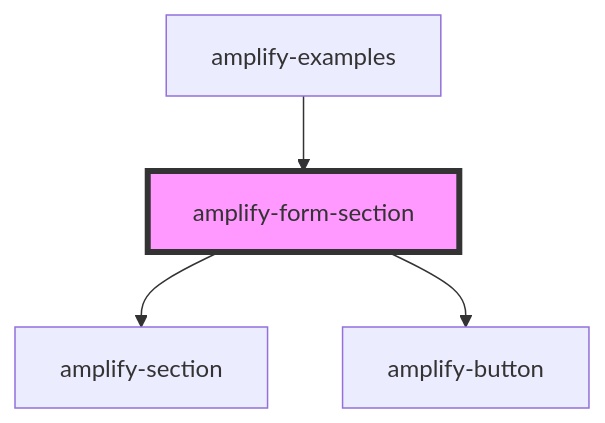
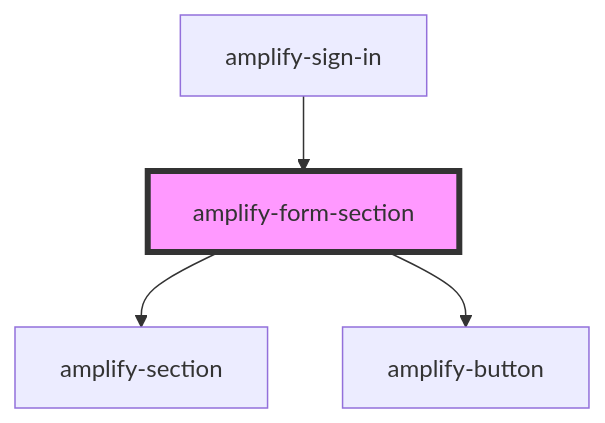
One commit to OneDev0411/amplify-js changed the diagram in packages/amplify-ui-components/src/components/amplify-form-section/readme.md. Above: the diagram before and after it, drawn with Mermaid. The commit also changed other lines of this file and 81 other files, not shown here.

````diff
--- a/packages/amplify-ui-components/src/components/amplify-form-section/readme.md
+++ b/packages/amplify-ui-components/src/components/amplify-form-section/readme.md
@@ -30,7 +30,7 @@
 ```mermaid
 graph TD;
   amplify-form-section --> amplify-section
   amplify-form-section --> amplify-button
-  amplify-examples --> amplify-form-section
+  amplify-sign-in --> amplify-form-section
   style amplify-form-section fill:#f9f,stroke:#333,stroke-width:4px
 ```
````
